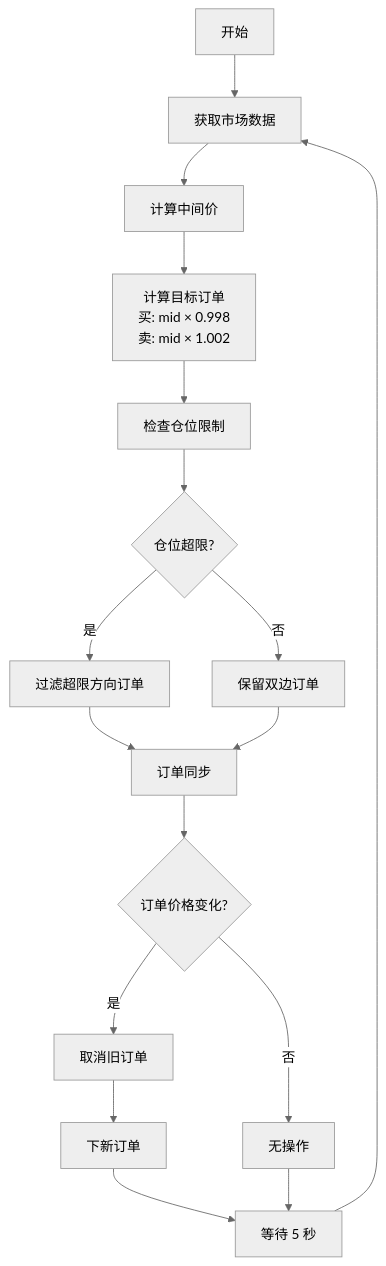
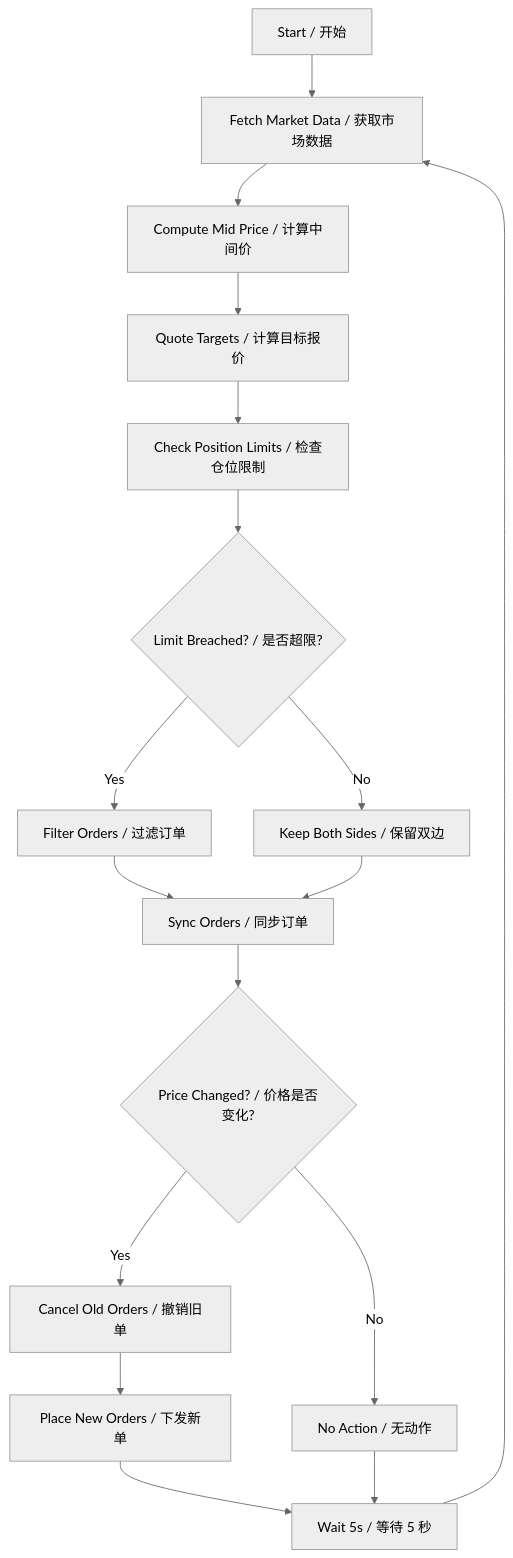
One commit to bryanzk/MarketMakerDemo changed the diagram in docs/trading_strategy.md. Above: the diagram before and after it, drawn with Mermaid (neutral theme). The commit also changed other lines of this file and 9 other files, not shown here.

````diff
--- a/docs/trading_strategy.md
+++ b/docs/trading_strategy.md
@@ -156,19 +160,19 @@
 ```mermaid
 graph TD
-    A[开始] --> B[获取市场数据]
-    B --> C[计算中间价]
-    C --> D[计算目标订单<br/>买: mid × 0.998<br/>卖: mid × 1.002]
-    D --> E[检查仓位限制]
-    E --> F{仓位超限?}
-    F -->|是| G[过滤超限方向订单]
-    F -->|否| H[保留双边订单]
-    G --> I[订单同步]
+    A[Start / 开始] --> B[Fetch Market Data / 获取市场数据]
+    B --> C[Compute Mid Price / 计算中间价]
+    C --> D[Quote Targets / 计算目标报价]
+    D --> E[Check Position Limits / 检查仓位限制]
+    E --> F{Limit Breached? / 是否超限?}
+    F -->|Yes| G[Filter Orders / 过滤订单]
+    F -->|No| H[Keep Both Sides / 保留双边]
+    G --> I[Sync Orders / 同步订单]
     H --> I
-    I --> J{订单价格变化?}
-    J -->|是| K[取消旧订单]
-    J -->|否| L[无操作]
-    K --> M[下新订单]
-    M --> N[等待 5 秒]
+    I --> J{Price Changed? / 价格是否变化?}
+    J -->|Yes| K[Cancel Old Orders / 撤销旧单]
+    J -->|No| L[No Action / 无动作]
+    K --> M[Place New Orders / 下发新单]
+    M --> N[Wait 5s / 等待 5 秒]
     L --> N
     N --> B
 ```
````
